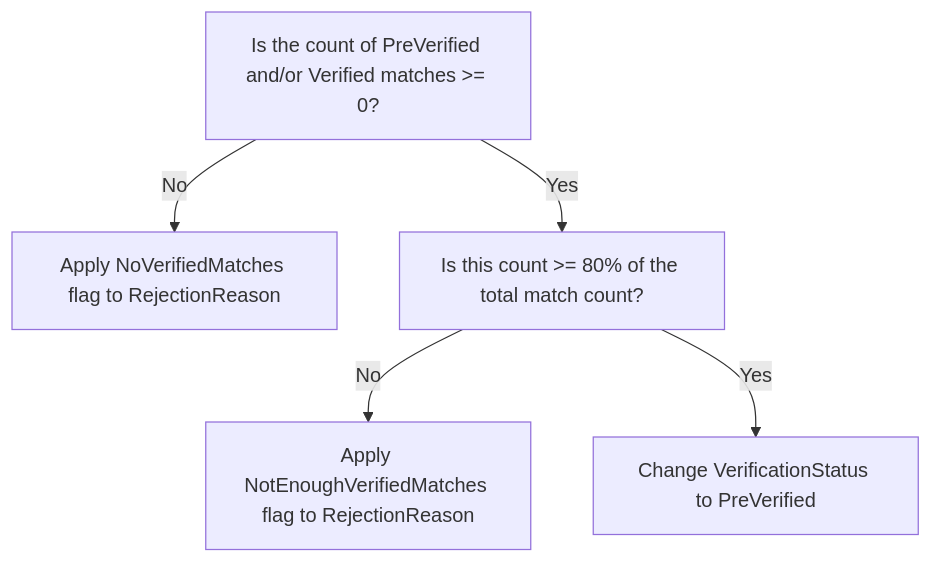
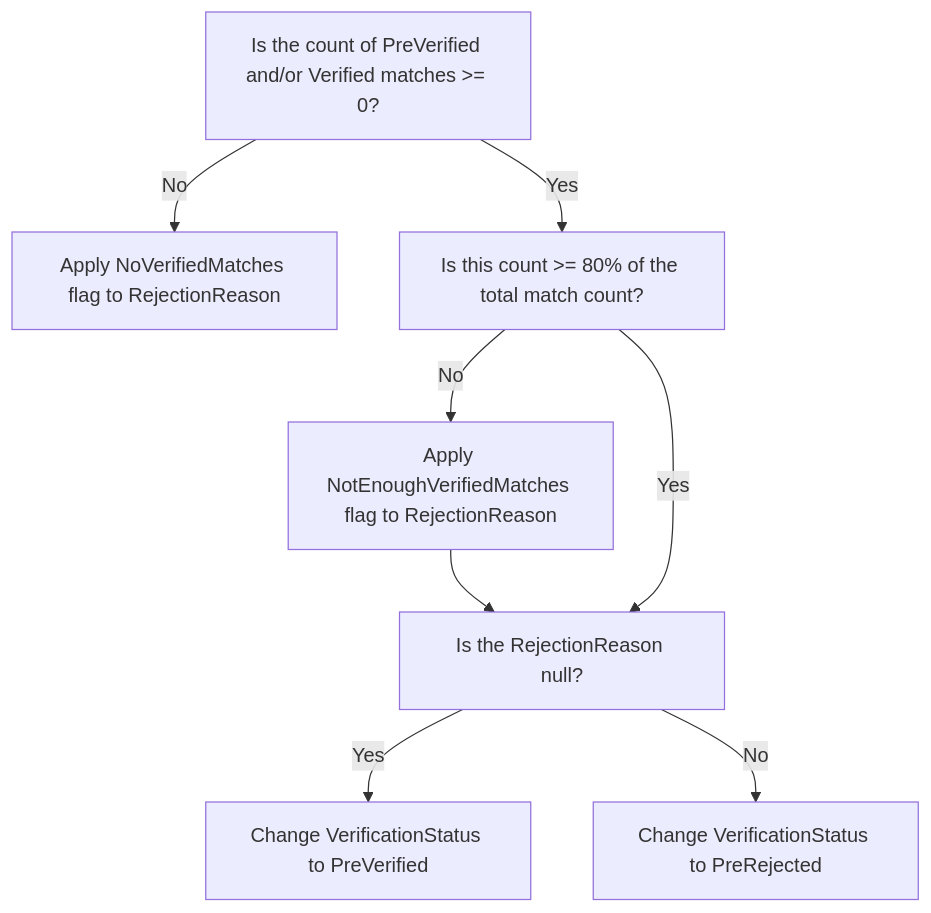
One commit to osu-tournament-rating/otr-docs changed the first of 3 diagrams in docs/topics/Automated-Checks.md. Above: the diagram before and after it, drawn with Mermaid. The commit also changed other lines of this file, not shown here.

Commit message:
Game flow chart

````diff
--- a/docs/topics/Automated-Checks.md
+++ b/docs/topics/Automated-Checks.md
@@ -59,13 +59,17 @@
 ```Mermaid
-graph TD;
+flowchart TD;
    A[Is the count of PreVerified and/or Verified matches >= 0?]
    B[Apply NoVerifiedMatches flag to RejectionReason]
    C[Is this count >= 80% of the total match count?]
    D[Apply NotEnoughVerifiedMatches flag to RejectionReason]
-   End[Change VerificationStatus to PreVerified]
+   PreTerm[Is the RejectionReason null?]
+   TermPositive[Change VerificationStatus to PreVerified]
+   TermNegative[Change VerificationStatus to PreRejected]
    
    A -- No --> B
    A -- Yes --> C
-   C -- No --> D
-   C -- Yes --> End
+   C -- No --> D --> PreTerm
+   C -- Yes --> PreTerm
+   PreTerm -- Yes --> TermPositive
+   PreTerm -- No --> TermNegative
 ```
````
